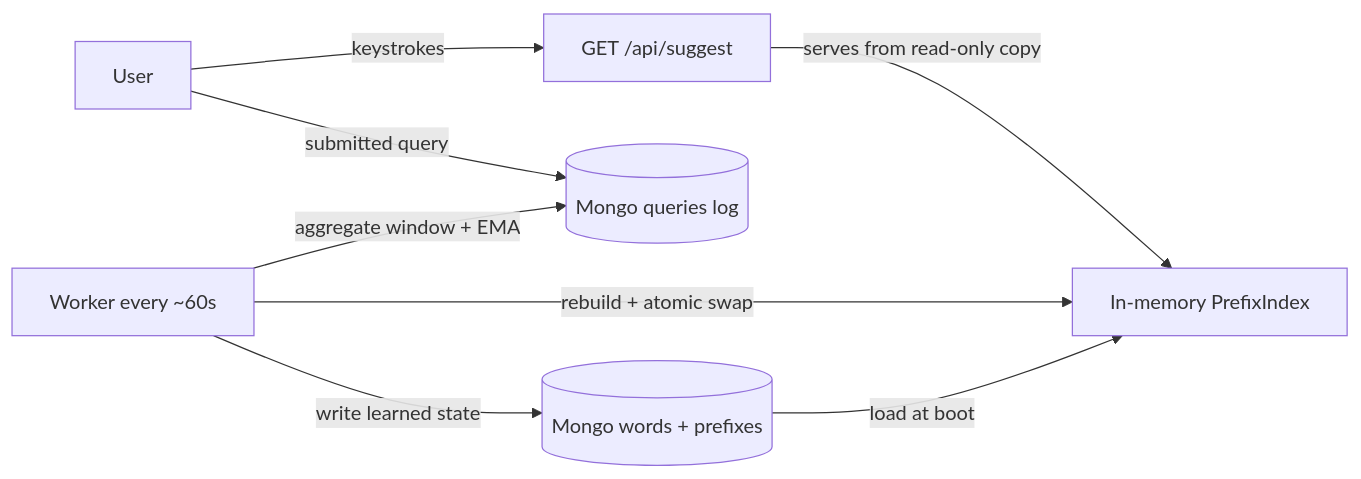
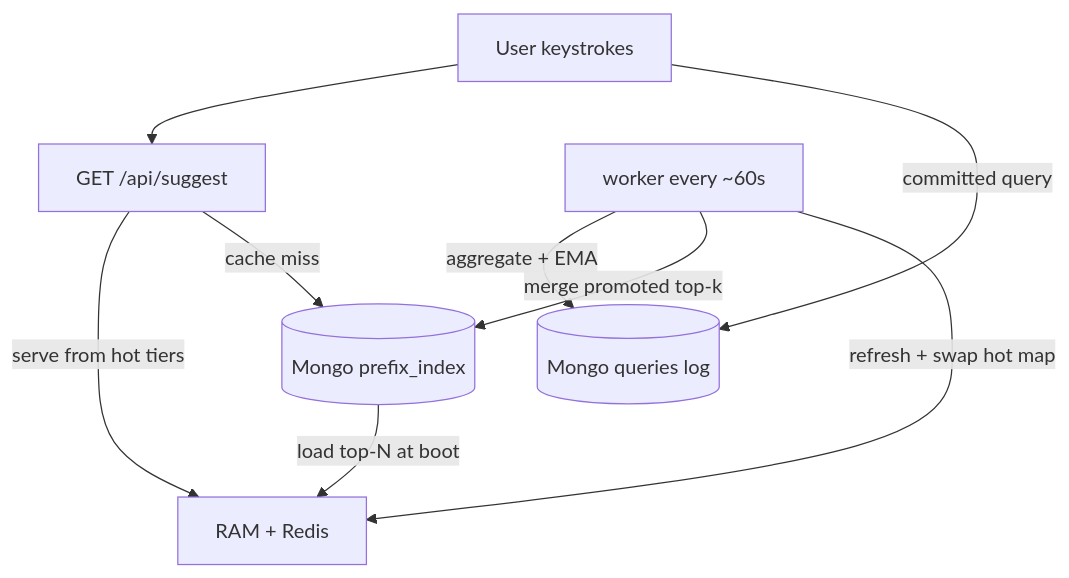
The diagram in search_autocomplete/README.md (arjun118/system_design_implementations), drawn with Mermaid before and after one commit. The commit also changed other lines of this file and 81 other files, not shown here.

````diff
--- a/search_autocomplete/README.md
+++ b/search_autocomplete/README.md
@@ -433,10 +439,11 @@
 ```mermaid
-flowchart LR
-    U[User] -->|keystrokes| S[GET /api/suggest]
-    S -->|serves from read-only copy| I[In-memory PrefixIndex]
-    U -->|submitted query| L[(Mongo queries log)]
-    W[Worker every ~60s] -->|aggregate window + EMA| L
-    W -->|write learned state| M[(Mongo words + prefixes)]
-    W -->|rebuild + atomic swap| I
-    M -->|load at boot| I
+flowchart TD
+    U["User keystrokes"] --> S["GET /api/suggest"]
+    S -->|"serve from hot tiers"| H["RAM + Redis"]
+    S -->|"cache miss"| M[("Mongo prefix_index")]
+    U -->|"committed query"| L[("Mongo queries log")]
+    W["worker every ~60s"] -->|"aggregate + EMA"| L
+    W -->|"merge promoted top-k"| M
+    W -->|"refresh + swap hot map"| H
+    M -->|"load top-N at boot"| H
 ```
````
